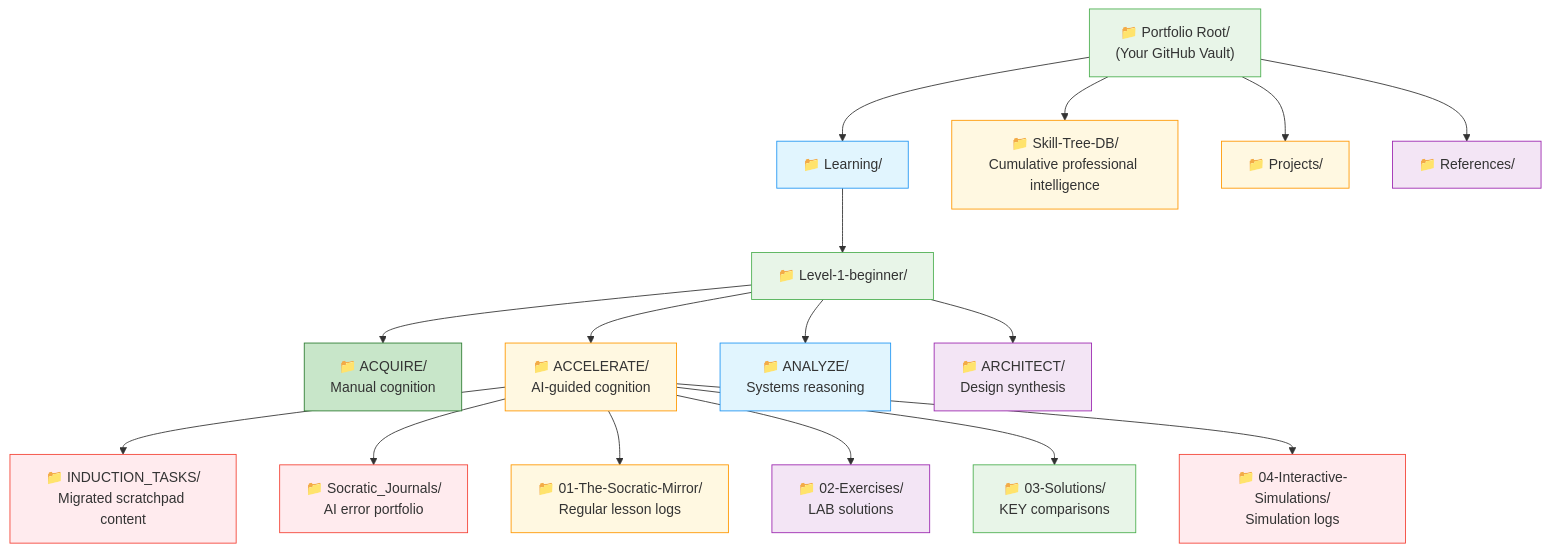
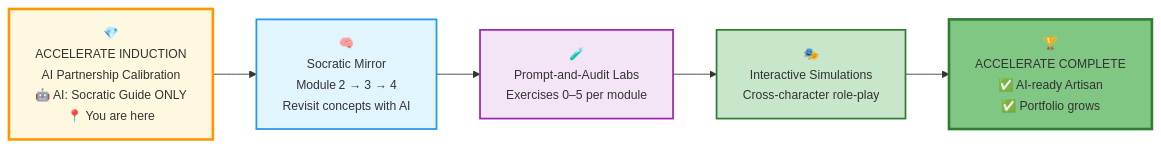
Before and after one commit to uma1999/umacourses: the first of 3 diagrams in mytemp1.md, drawn with Mermaid. The commit also changed other lines of this file, not shown here.

````diff
--- a/mytemp1.md
+++ b/mytemp1.md
@@ -83,40 +106,16 @@
 ```mermaid
-flowchart TD
-    A["📁 Portfolio Root/<br/>(Your GitHub Vault)"]
+flowchart LR
+    A["<span style='font-size:14px'>💎<br/>ACCELERATE INDUCTION<br/>AI Partnership Calibration<br/>🤖 AI: Socratic Guide ONLY<br/>📍 You are here</span>"]
+    B["<span style='font-size:14px'>🧠<br/>Socratic Mirror<br/>Module 2 → 3 → 4<br/>Revisit concepts with AI</span>"]
+    C["<span style='font-size:14px'>🧪<br/>Prompt‑and‑Audit Labs<br/>Exercises 0–5 per module</span>"]
+    D["<span style='font-size:14px'>🎭<br/>Interactive Simulations<br/>Cross‑character role‑play</span>"]
+    E["<span style='font-size:14px'>🏆<br/>ACCELERATE COMPLETE<br/>✅ AI‑ready Artisan<br/>✅ Portfolio grows</span>"]
     
-    A --> B["📁 Learning/"]
-    A --> C["📁 Skill-Tree-DB/<br/>Cumulative professional intelligence"]
-    A --> D["📁 Projects/"]
-    A --> E["📁 References/"]
+    A --> B --> C --> D --> E
     
-    B --> F["📁 Level-1-beginner/"]
-    
-    F --> G["📁 ACQUIRE/<br/>Manual cognition"]
-    F --> H["📁 ACCELERATE/<br/>AI‑guided cognition"]
-    F --> I["📁 ANALYZE/<br/>Systems reasoning"]
-    F --> J["📁 ARCHITECT/<br/>Design synthesis"]
-    
-    H --> K["📁 INDUCTION_TASKS/<br/>Migrated scratchpad content"]
-    H --> L["📁 Socratic_Journals/<br/>AI error portfolio"]
-    H --> M["📁 01-The-Socratic-Mirror/<br/>Regular lesson logs"]
-    H --> N["📁 02-Exercises/<br/>LAB solutions"]
-    H --> O["📁 03-Solutions/<br/>KEY comparisons"]
-    H --> P["📁 04-Interactive-Simulations/<br/>Simulation logs"]
-    
-    style A fill:#e8f5e8,stroke:#4caf50
-    style B fill:#e1f5fe,stroke:#2196f3
-    style C fill:#fff8e1,stroke:#ff9800
-    style D fill:#fff8e1,stroke:#ff9800
-    style E fill:#f3e5f5,stroke:#9c27b0
-    style F fill:#e8f5e8,stroke:#4caf50
-    style G fill:#c8e6c9,stroke:#2e7d32
-    style H fill:#fff8e1,stroke:#ff9800
-    style I fill:#e1f5fe,stroke:#2196f3
-    style J fill:#f3e5f5,stroke:#9c27b0
-    style K fill:#ffebee,stroke:#f44336
-    style L fill:#ffebee,stroke:#f44336
-    style M fill:#fff8e1,stroke:#ff9800
-    style N fill:#f3e5f5,stroke:#9c27b0
-    style O fill:#e8f5e8,stroke:#4caf50
-    style P fill:#ffebee,stroke:#f44336
+    style A fill:#fff8e1,stroke:#ff9800,stroke-width:3px
+    style B fill:#e1f5fe,stroke:#2196f3,stroke-width:2px
+    style C fill:#f3e5f5,stroke:#9c27b0,stroke-width:2px
+    style D fill:#c8e6c9,stroke:#2e7d32,stroke-width:2px
+    style E fill:#81c784,stroke:#2e7d32,stroke-width:3px
 ```
````
